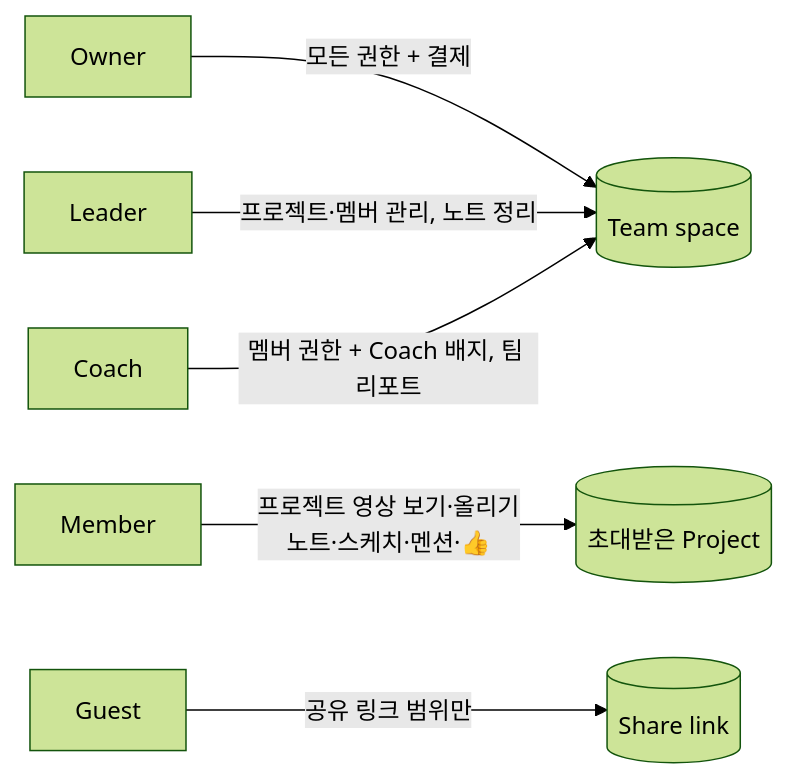
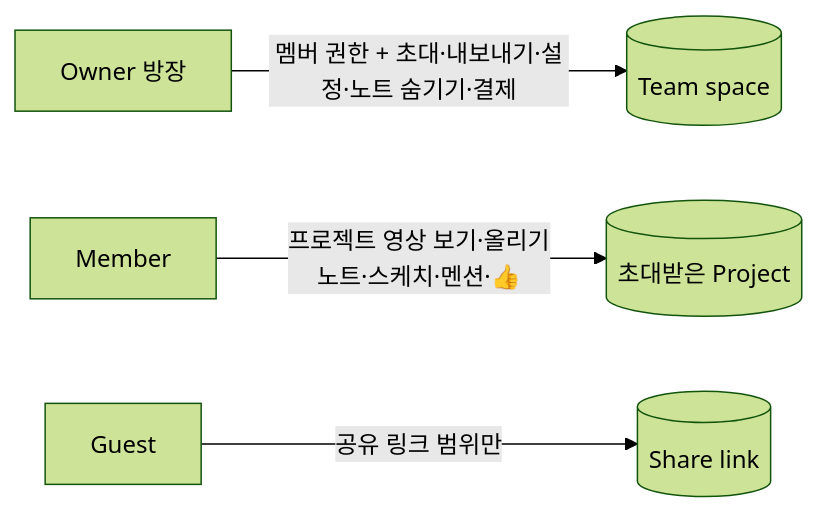
One commit to hope13710/dancerly changed the eighth of 8 diagrams in docs/02-service-structure.md. Above: the diagram before and after it, drawn with Mermaid (forest theme). The commit also changed other lines of this file and 13 other files, not shown here.

````diff
--- a/docs/02-service-structure.md
+++ b/docs/02-service-structure.md
@@ -282,8 +282,6 @@
 ```mermaid
 flowchart LR
-  O[Owner] -->|모든 권한 + 결제| WS[(Team space)]
-  LD[Leader] -->|프로젝트·멤버 관리, 노트 정리| WS
-  C[Coach] -->|멤버 권한 + Coach 배지, 팀 리포트| WS
+  O[Owner 방장] -->|멤버 권한 + 초대·내보내기·설정·노트 숨기기·결제| WS[(Team space)]
   M[Member] -->|프로젝트 영상 보기·올리기<br/>노트·스케치·멘션·👍| PJ[(초대받은 Project)]
   G[Guest] -->|공유 링크 범위만| SL[(Share link)]
 ```
````
